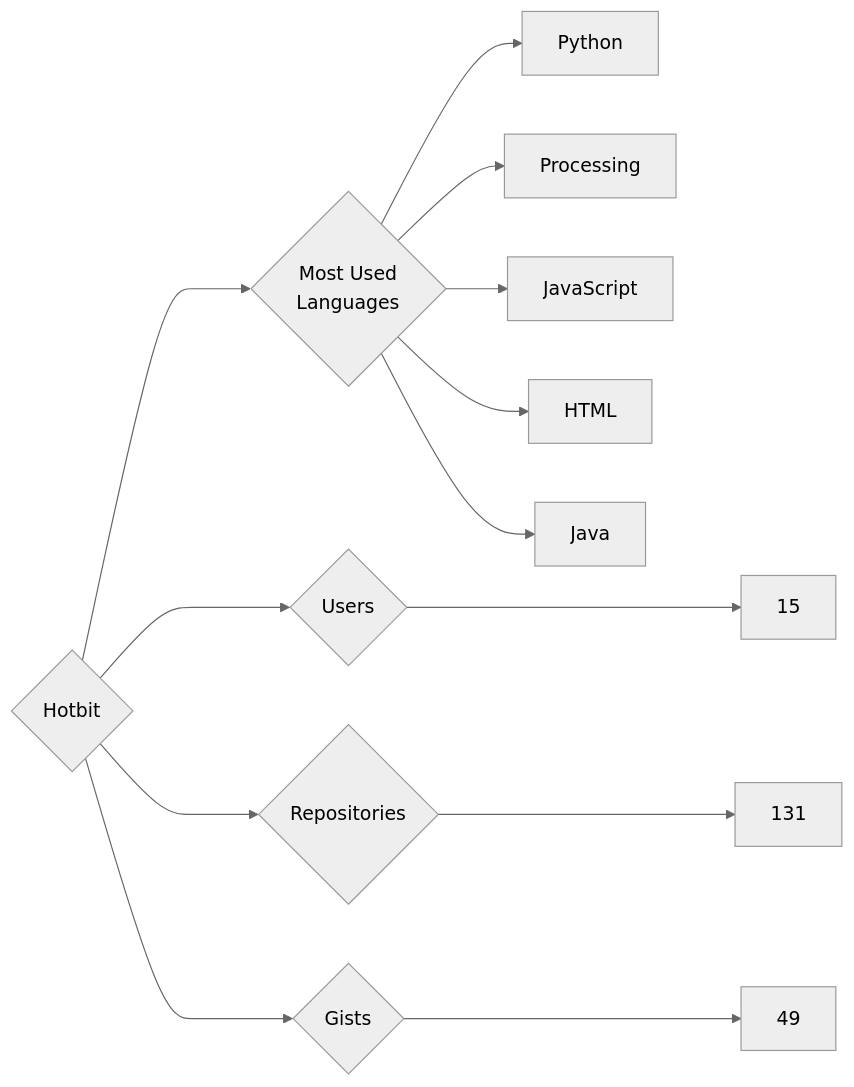
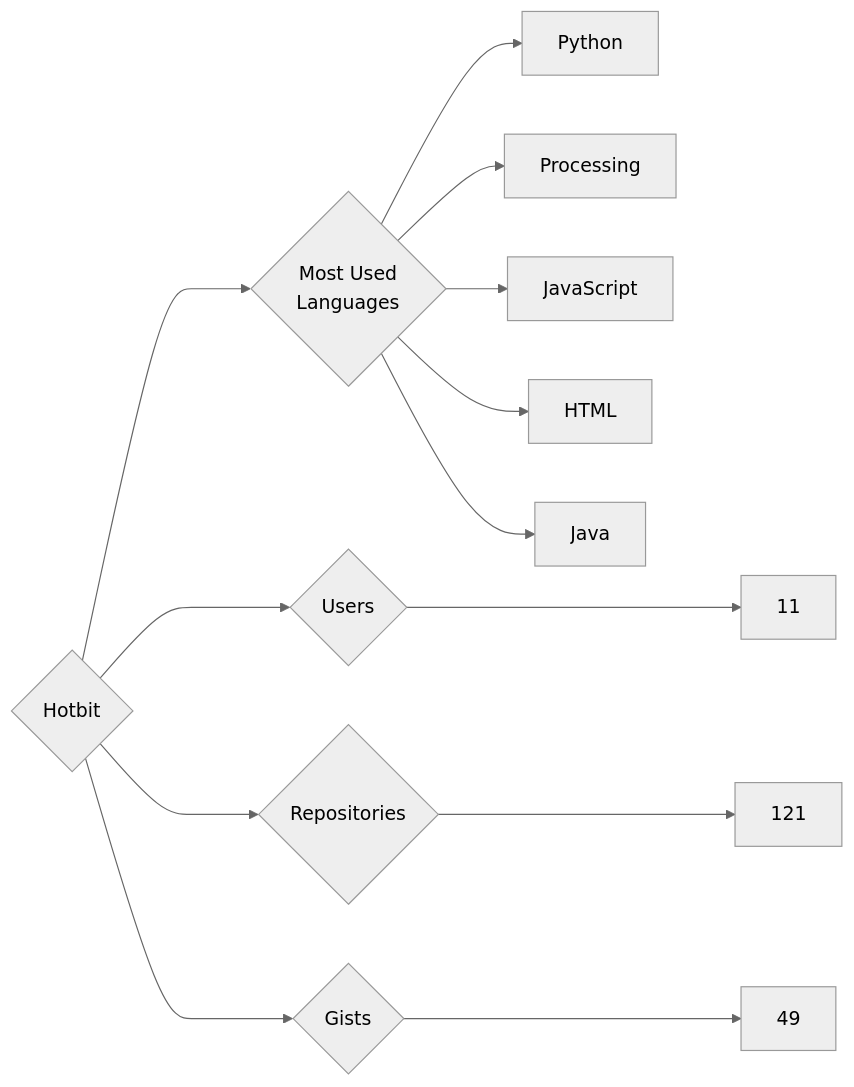
Before and after one commit to trickest/insiders: the diagram in targets/Hotbit/README.md, drawn with Mermaid (neutral theme). The commit also changed 1148 other files, not shown here.

````diff
--- a/targets/Hotbit/README.md
+++ b/targets/Hotbit/README.md
@@ -3,13 +3,13 @@
 ```mermaid
 graph LR
 COMPANY_NAME{Hotbit}
-COMPANY_NAME ---> U{Users} ---> UN[15]
-COMPANY_NAME ---> R{Repositories} ---> RN[131]
+COMPANY_NAME ---> U{Users} ---> UN[11]
+COMPANY_NAME ---> R{Repositories} ---> RN[121]
 COMPANY_NAME ---> G{Gists} ---> GN[49]
 COMPANY_NAME ---> ML{Most Used<br>Languages}
 ML --> Python[Python]
 ML --> Processing[Processing]
 ML --> JavaScript[JavaScript]
 ML --> HTML[HTML]
 ML --> Java[Java]
 ```
````
